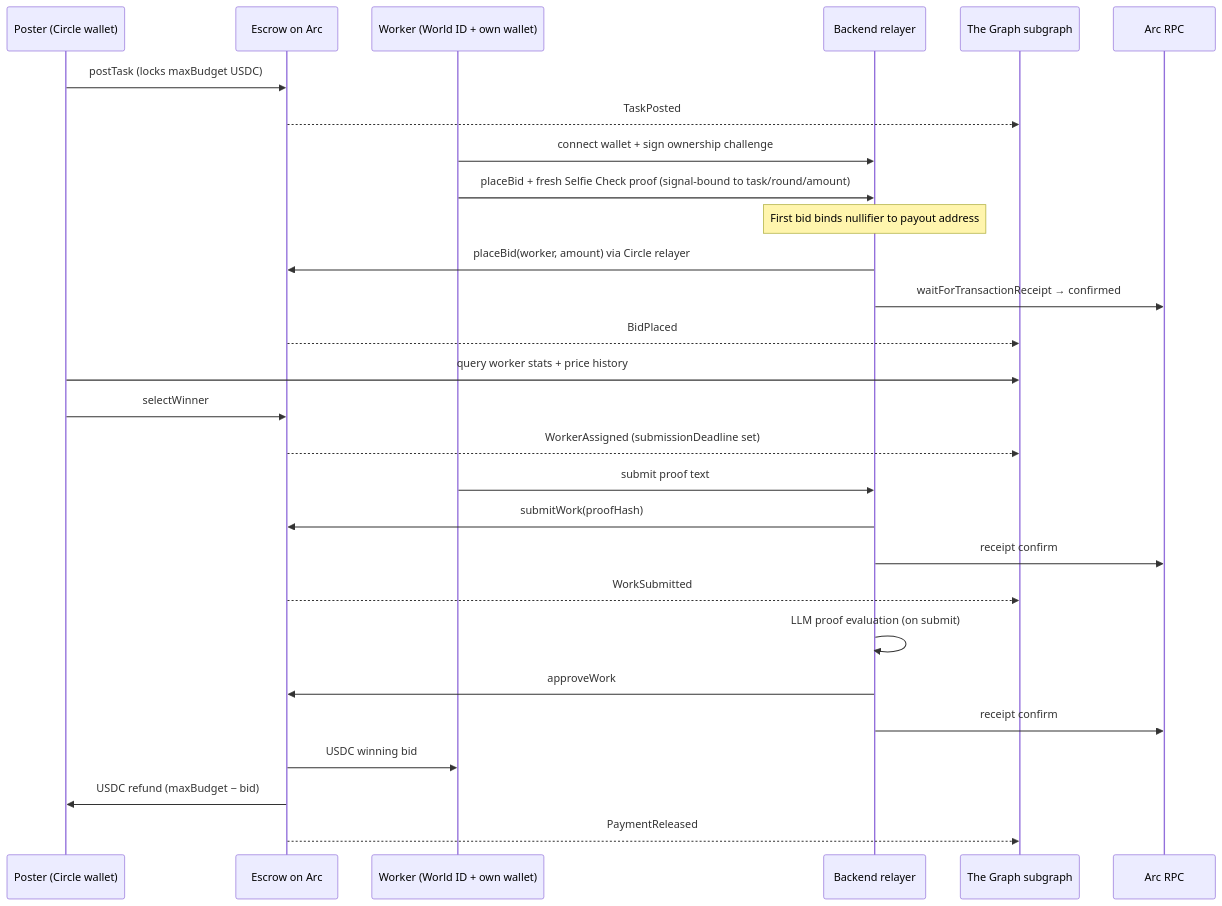
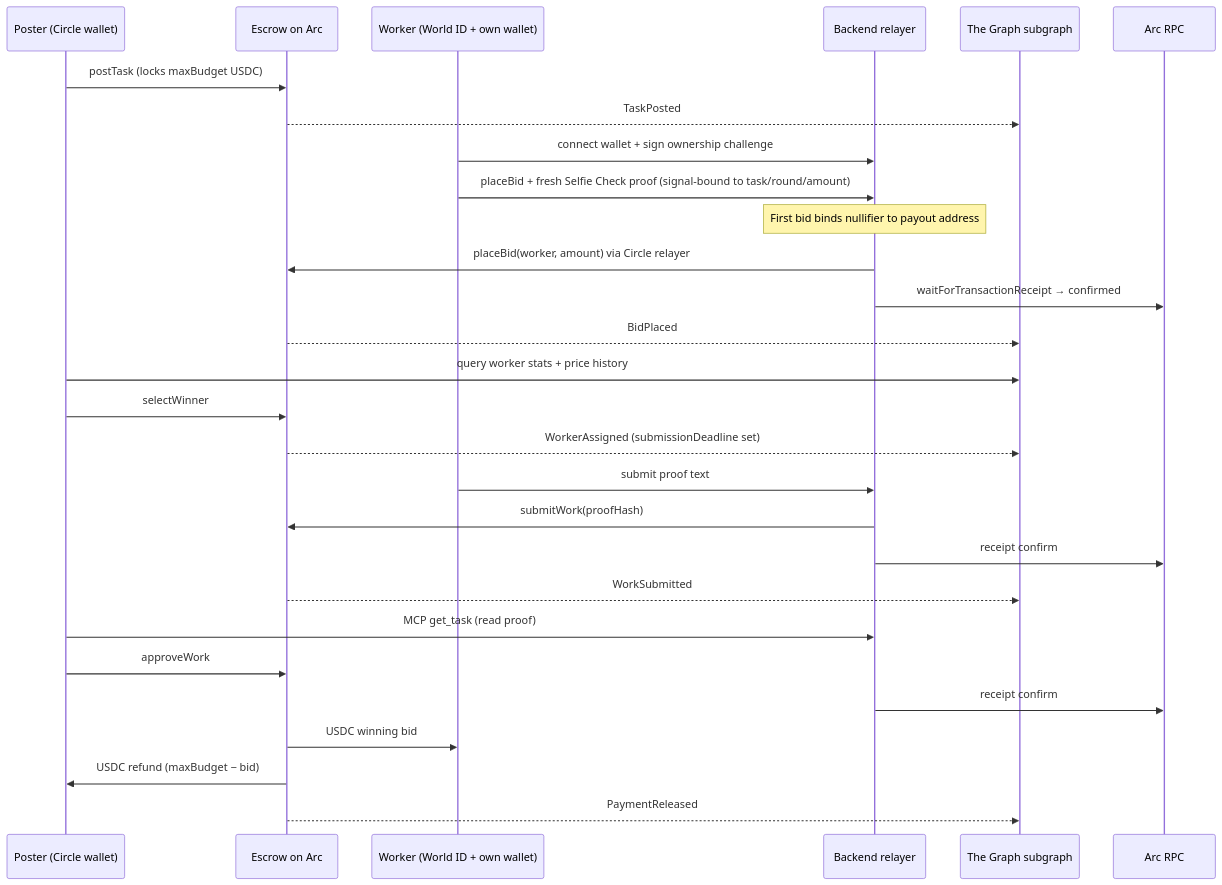
The second of 2 diagrams in docs/architecture.md (Anoop072001/levantate-bridge), drawn with Mermaid before and after one commit. The commit also changed other lines of this file and 18 other files, not shown here.

First line of the commit message:
Refactor proof evaluation and update agent workflow

````diff
--- a/docs/architecture.md
+++ b/docs/architecture.md
@@ -81,31 +81,31 @@
 ```mermaid
 sequenceDiagram
   participant A as Poster (Circle wallet)
   participant E as Escrow on Arc
   participant W as Worker (World ID + own wallet)
   participant B as Backend relayer
   participant G as The Graph subgraph
   participant R as Arc RPC
 
   A->>E: postTask (locks maxBudget USDC)
   E-->>G: TaskPosted
   W->>B: connect wallet + sign ownership challenge
   W->>B: placeBid + fresh Selfie Check proof (signal-bound to task/round/amount)
   Note over B: First bid binds nullifier to payout address
   B->>E: placeBid(worker, amount) via Circle relayer
   B->>R: waitForTransactionReceipt → confirmed
   E-->>G: BidPlaced
   A->>G: query worker stats + price history
   A->>E: selectWinner
   E-->>G: WorkerAssigned (submissionDeadline set)
   W->>B: submit proof text
   B->>E: submitWork(proofHash)
   B->>R: receipt confirm
   E-->>G: WorkSubmitted
-  B->>B: LLM proof evaluation (on submit)
-  B->>E: approveWork
+  A->>B: MCP get_task (read proof)
+  A->>E: approveWork
   B->>R: receipt confirm
   E->>W: USDC winning bid
   E->>A: USDC refund (maxBudget − bid)
   E-->>G: PaymentReleased
 ```
````
